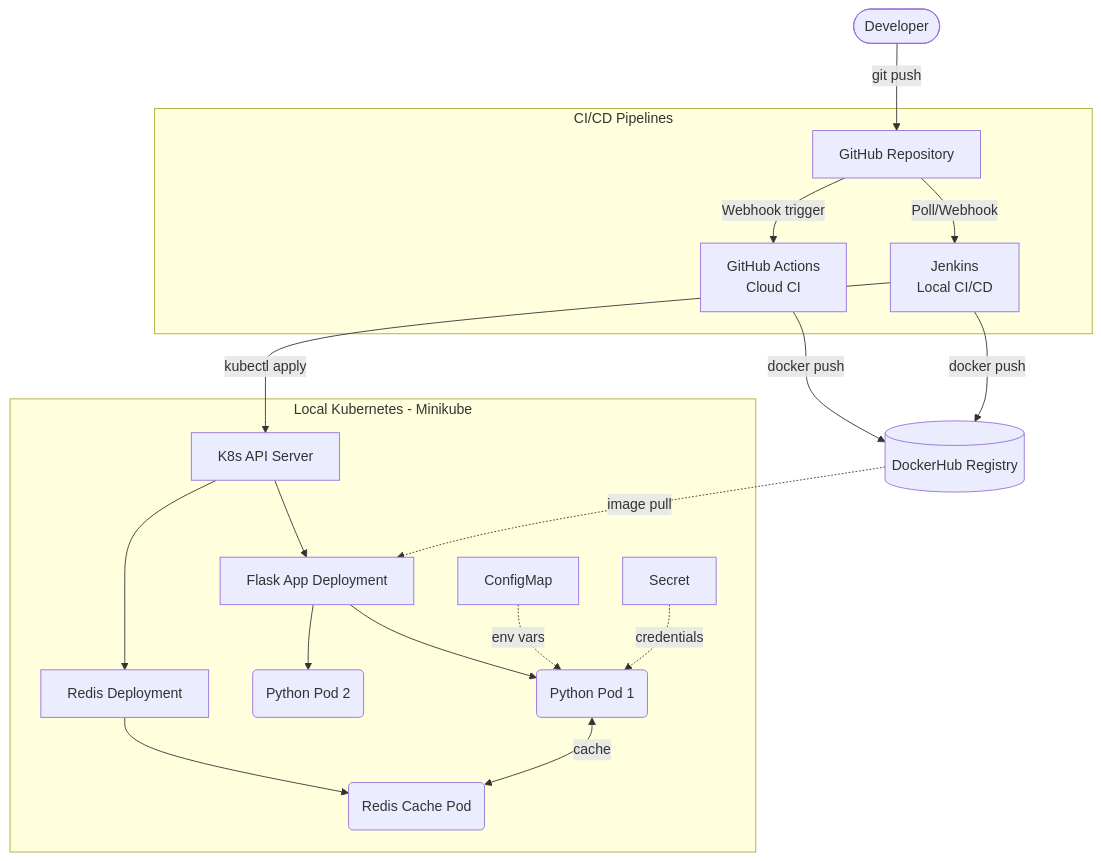
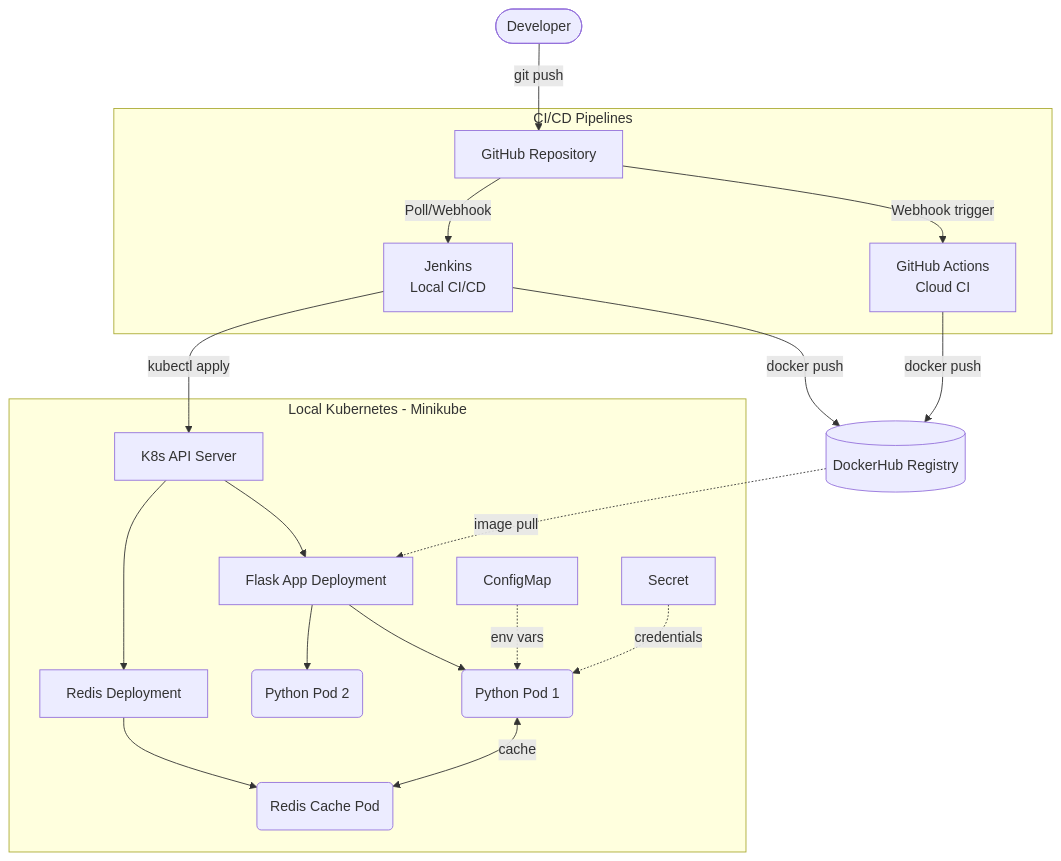
Before and after one commit to thamizhanbu-k/network-health-monitor: the diagram in README.md, drawn with Mermaid.

Commit message:
docs: updated comprehensive README with mermaid architecture diagram

````diff
--- a/README.md
+++ b/README.md
@@ -7,29 +7,30 @@
 ```mermaid
 graph TD
     Developer([Developer]) -->|git push| GitHub[GitHub Repository]
     
     subgraph CI_CD_Pipelines [CI/CD Pipelines]
+        GitHub -->|Poll/Webhook| Jenkins[Jenkins\nLocal CI/CD]
         GitHub -->|Webhook trigger| GitHubActions[GitHub Actions\nCloud CI]
-        GitHub -->|Poll/Webhook| Jenkins[Jenkins\nLocal CI/CD]
     end
     
+    Jenkins -->|docker push| DockerHub
     GitHubActions -->|docker push| DockerHub[(DockerHub Registry)]
-    Jenkins -->|docker push| DockerHub
+    
     
     subgraph Local_K8s [Local Kubernetes - Minikube]
         Jenkins -->|kubectl apply| K8sAPI[K8s API Server]
         K8sAPI --> Deployment[Flask App Deployment]
         Deployment --> Pod1(Python Pod 1)
         Deployment --> Pod2(Python Pod 2)
         
         K8sAPI --> RedisDeploy[Redis Deployment]
         RedisDeploy --> RedisPod(Redis Cache Pod)
         
         ConfigMap[ConfigMap] -.->|env vars| Pod1
         Secret[Secret] -.->|credentials| Pod1
         
         Pod1 <-->|cache| RedisPod
     end
     
     DockerHub -.->|image pull| Deployment
 ```
````
